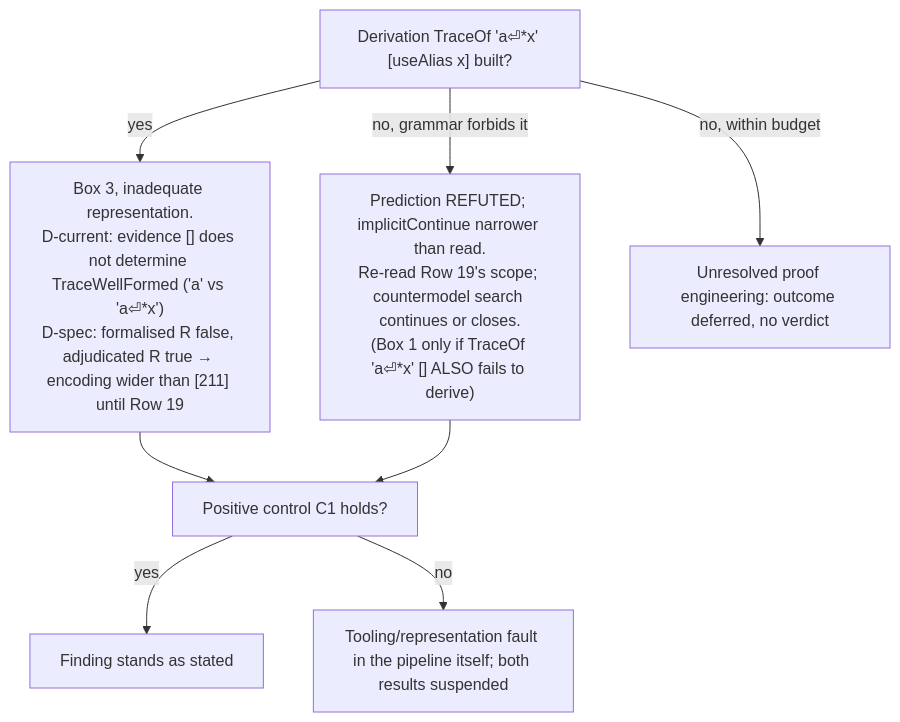
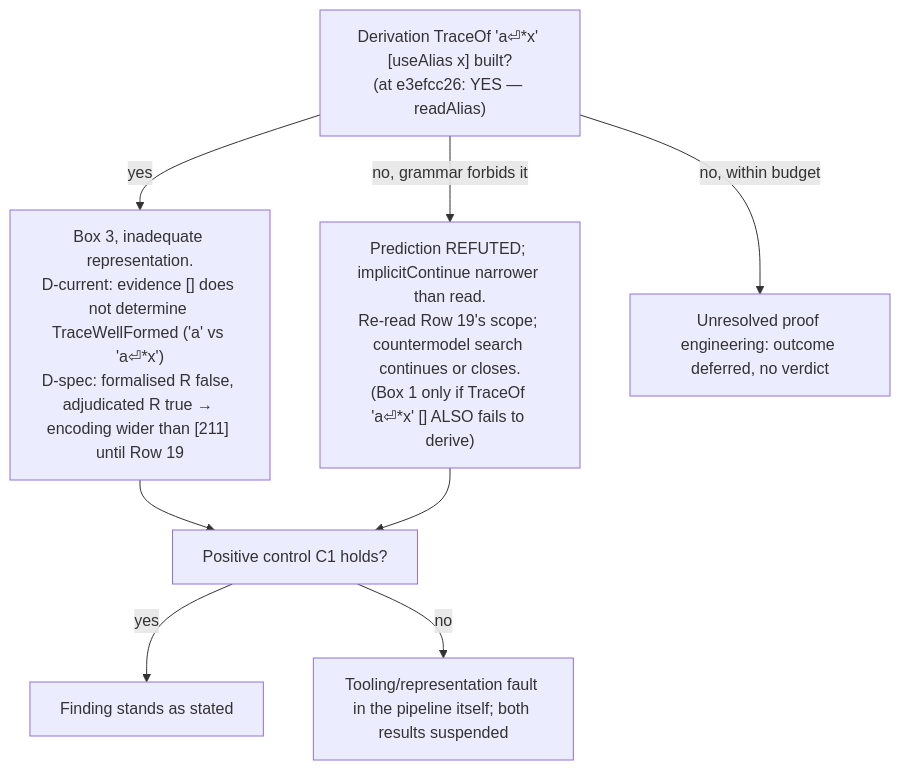
Before and after one commit to nasa-jpl/L4YAML: the second of 2 diagrams in EXPERIMENT.md, drawn with Mermaid. The commit also changed other lines of this file and 1 other file, not shown here.

Commit message:
docs(experiment): a⏎*x second derivation built — TraceOfBlockAmbiguity Refutation 3 (readAlias, traceWellFormed_refuted); §0.2/§4.2/§4.3/§7 predicted → checked; Q10 fast-forward recommendation with the e3efcc26..tip diff; Q11 TraceWellFormed "a" owed (auditor's three points)

````diff
--- a/EXPERIMENT.md
+++ b/EXPERIMENT.md
@@ -563,11 +575,11 @@
 ```mermaid
 flowchart TD
-  A["Derivation TraceOf 'a⏎*x' [useAlias x] built?"]
+  A["Derivation TraceOf 'a⏎*x' [useAlias x] built?\n(at e3efcc26: YES — readAlias)"]
   A -- "yes" --> B["Box 3, inadequate representation.\nD-current: evidence [] does not determine TraceWellFormed ('a' vs 'a⏎*x')\nD-spec: formalised R false, adjudicated R true → encoding wider than [211] until Row 19"]
   A -- "no, grammar forbids it" --> C["Prediction REFUTED; implicitContinue narrower than read.\nRe-read Row 19's scope; countermodel search continues or closes.\n(Box 1 only if TraceOf 'a⏎*x' [] ALSO fails to derive)"]
   A -- "no, within budget" --> D["Unresolved proof engineering: outcome deferred, no verdict"]
   B --> E["Positive control C1 holds?"]
   C --> E
   E -- "yes" --> F["Finding stands as stated"]
   E -- "no" --> G["Tooling/representation fault in the pipeline itself; both results suspended"]
 ```
````
